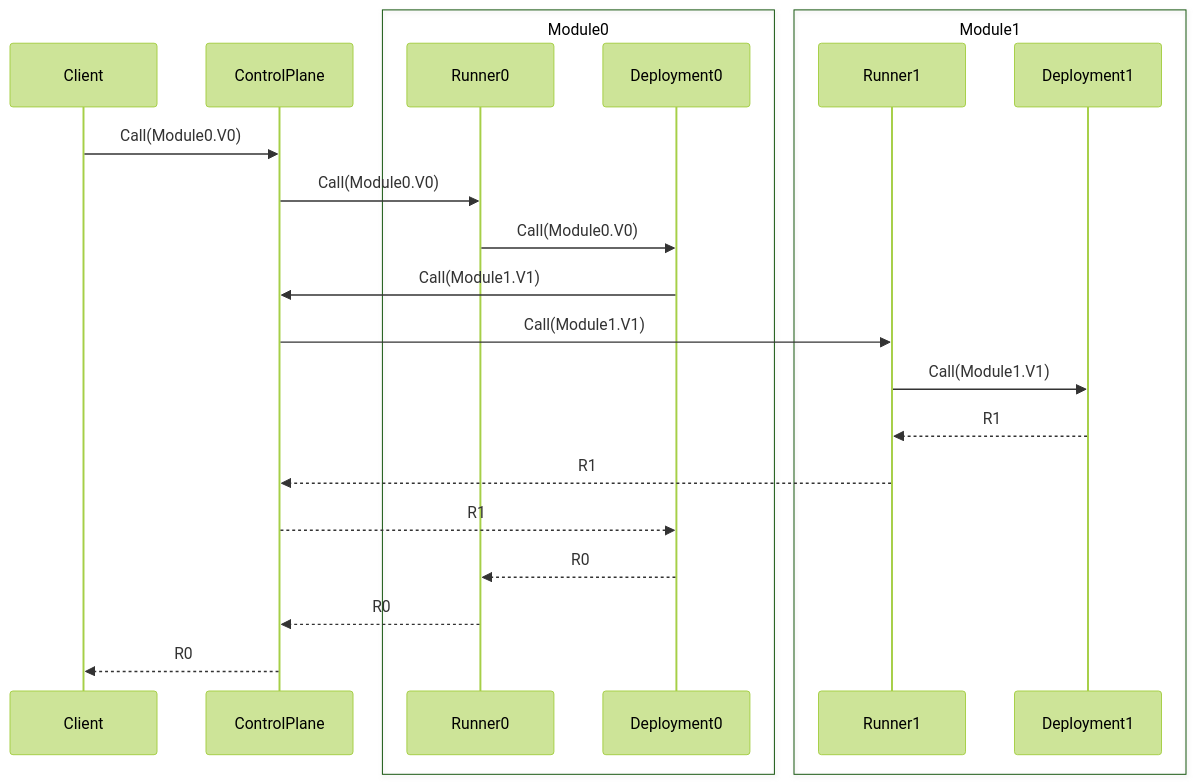
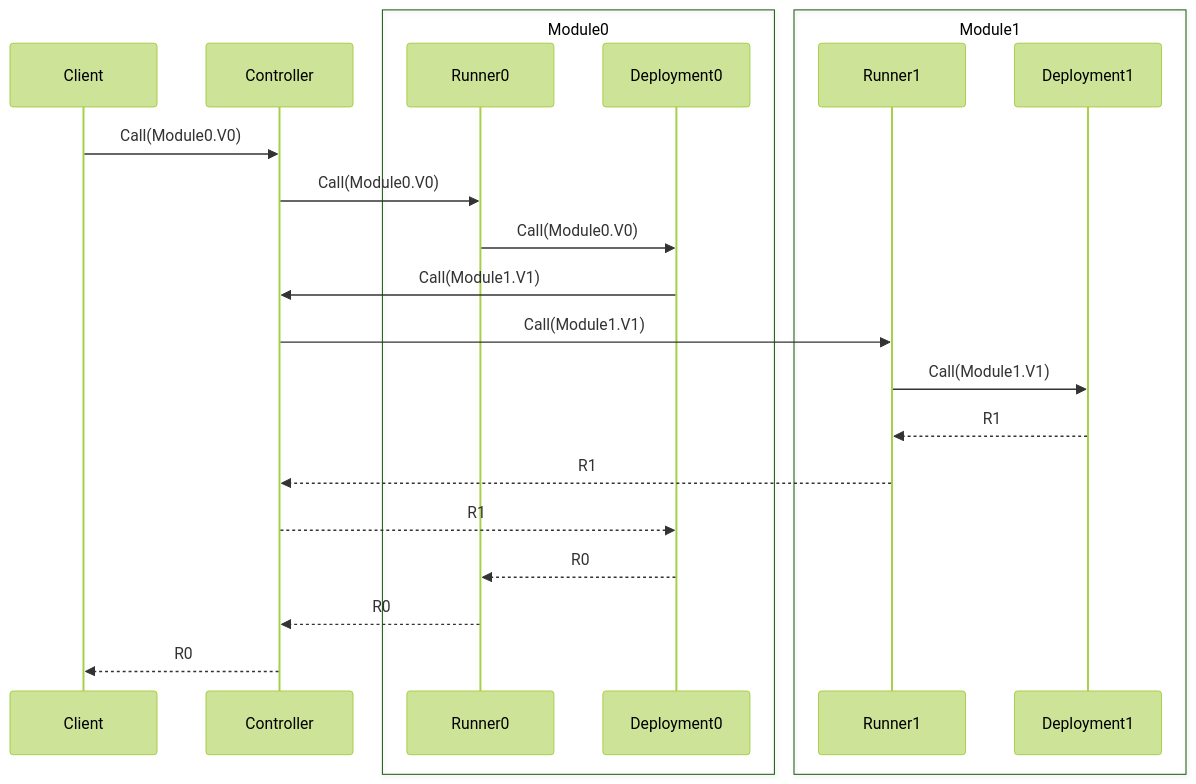
Before and after one commit to TBD54566975/ftl: the third of 3 diagrams in ARCHITECTURE.md, drawn with Mermaid (forest theme). The commit also changed other lines of this file and 42 other files, not shown here.

Commit message:
refactor: rename control-plane to controller

````diff
--- a/ARCHITECTURE.md
+++ b/ARCHITECTURE.md
@@ -62,28 +62,28 @@
 ```mermaid
 sequenceDiagram
   %% autonumber
 
   participant C as Client
-  participant B as ControlPlane
+  participant B as Controller
   box Module0
     participant R0 as Runner0
     participant M0 as Deployment0
   end
   box Module1
     participant R1 as Runner1
     participant M1 as Deployment1
   end
 
   C ->> B: Call(Module0.V0)
   B ->> R0: Call(Module0.V0)
   R0 ->> M0: Call(Module0.V0)
   M0 ->> B: Call(Module1.V1)
   B ->> R1: Call(Module1.V1)
   R1 ->> M1: Call(Module1.V1)
   M1 -->> R1: R1
   R1 -->> B: R1
   B -->> M0: R1
   M0 -->> R0: R0
   R0 -->> B: R0
   B -->> C: R0
 ```
````
